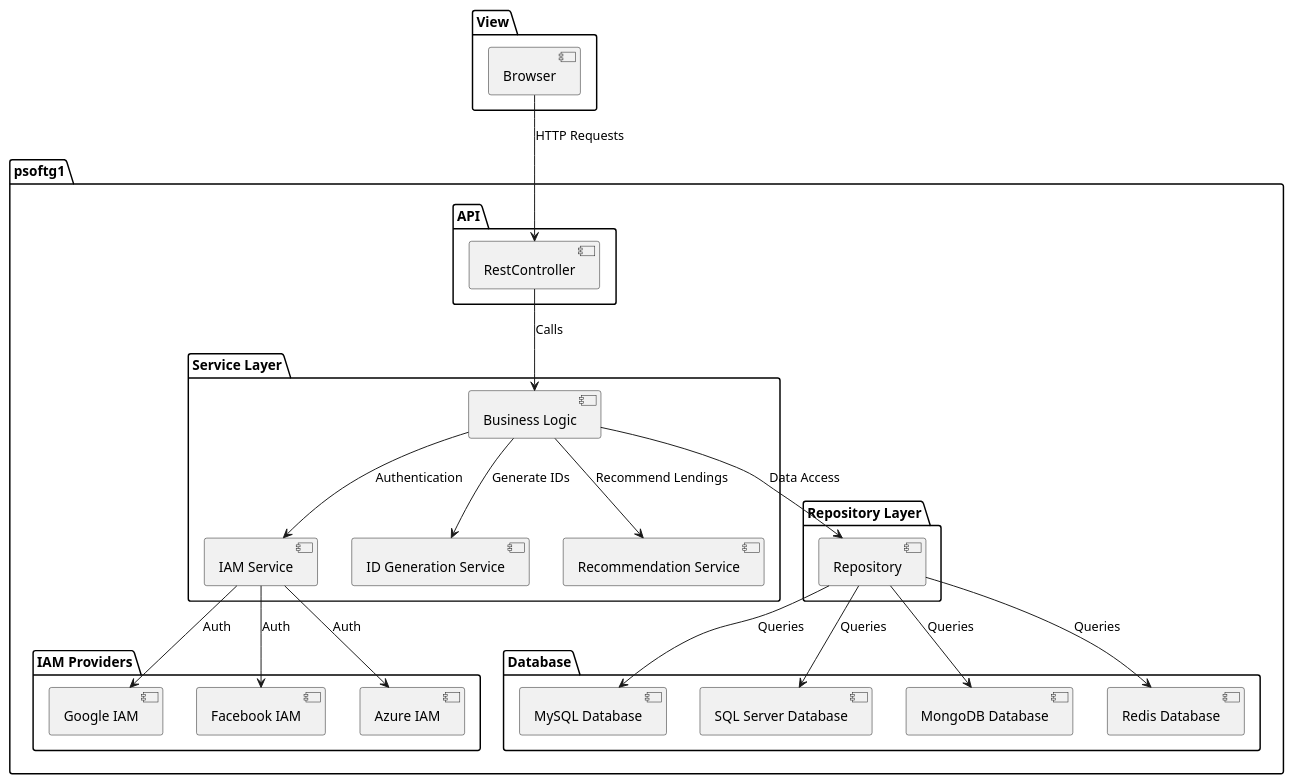
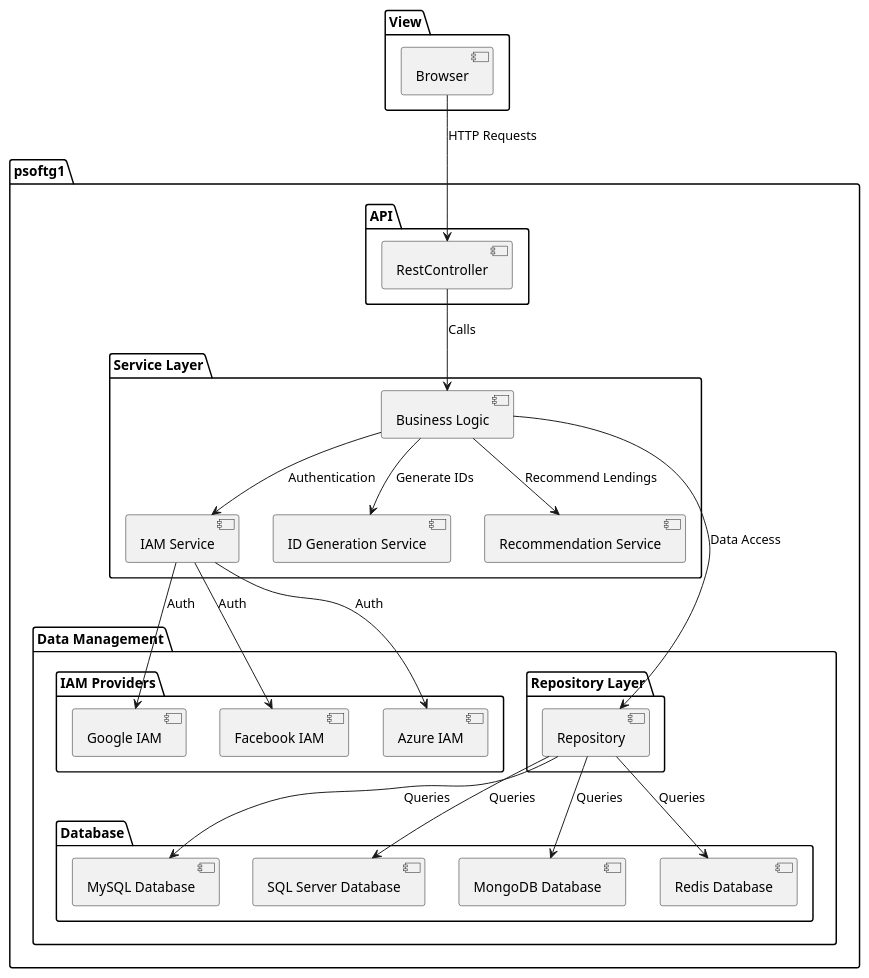
One commit to GuilhermeCunha79/LMS_MicroserviceArchitecture changed the diagram in psoft-project-2024-g1/Docs/Geral/LogicalDiagramN3.puml. Above: the diagram before and after it, drawn with PlantUML.

Commit message:
Fix documentation Logical Diagram

```diff
--- a/psoft-project-2024-g1/Docs/Geral/LogicalDiagramN3.puml
+++ b/psoft-project-2024-g1/Docs/Geral/LogicalDiagramN3.puml
@@ -1,53 +1,57 @@
 @startuml
 
 package View {
   [Browser]
 }
 
 package psoftg1 {
 
   package "API" {
     [RestController]
   }
 
   package "Service Layer" {
     [Business Logic]
     [IAM Service]
     [ID Generation Service]
     [Recommendation Service]
   }
 
+  package "Data Management" {
+
   package "Repository Layer" {
     [Repository]
   }
 
   package "Database" {
     [MySQL Database]
     [SQL Server Database]
     [MongoDB Database]
     [Redis Database]
   }
 
   package "IAM Providers" {
     [Google IAM]
     [Facebook IAM]
     [Azure IAM]
+  }
+
   }
 
   [RestController] --> [Business Logic] : Calls
   [Business Logic] --> [Repository] : Data Access
   [Business Logic] --> [IAM Service] : Authentication
   [Business Logic] --> [ID Generation Service] : Generate IDs
   [Business Logic] --> [Recommendation Service] : Recommend Lendings
   [Repository] --> [MySQL Database] : Queries
   [Repository] --> [SQL Server Database] : Queries
   [Repository] --> [MongoDB Database] : Queries
   [Repository] --> [Redis Database] : Queries
   [IAM Service] --> [Google IAM] : Auth
   [IAM Service] --> [Facebook IAM] : Auth
   [IAM Service] --> [Azure IAM] : Auth
 }
 
 [Browser] --> [RestController] : HTTP Requests
 
 @enduml
```
